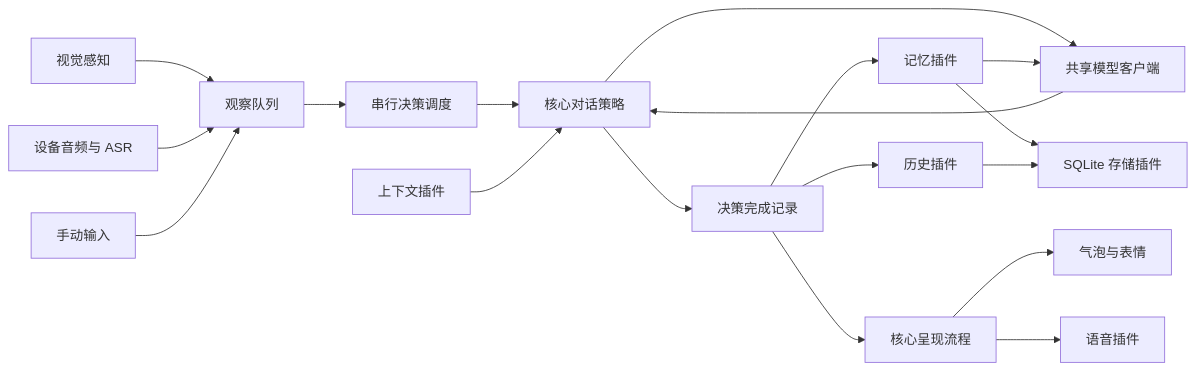
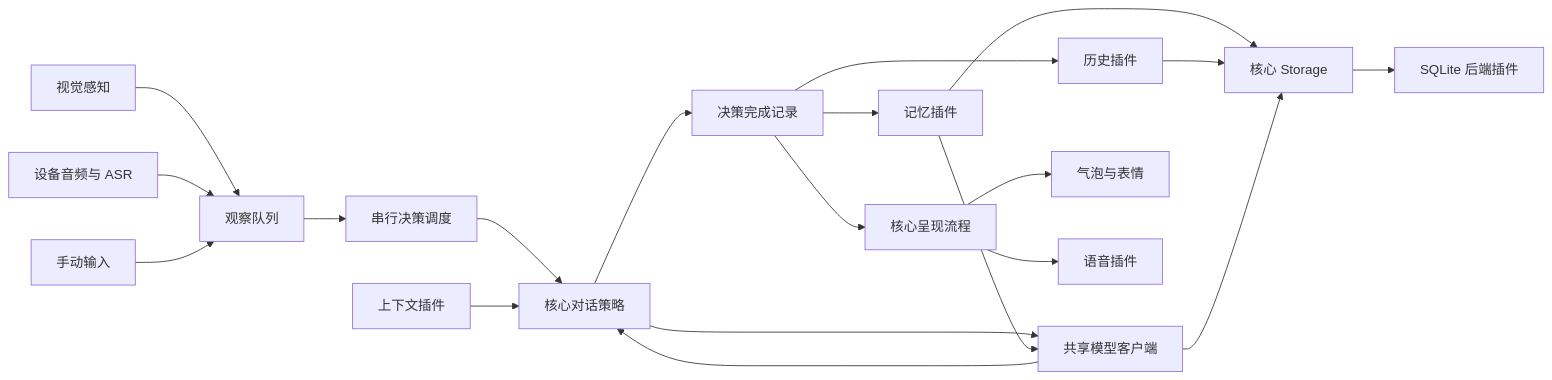
One commit to thebeet/mylive2dpet changed the diagram in README.md. Above: the diagram before and after it, drawn with Mermaid. The commit also changed other lines of this file and 67 other files, not shown here.

````diff
--- a/README.md
+++ b/README.md
@@ -353,20 +358,22 @@
 ```mermaid
 flowchart LR
     Screen[视觉感知] --> Queue[观察队列]
     Audio[设备音频与 ASR] --> Queue
     Manual[手动输入] --> Queue
     Queue --> Scheduler[串行决策调度]
     Scheduler --> AI[核心对话策略]
     Context[上下文插件] --> AI
     AI --> Model[共享模型客户端]
     Model --> AI
     AI --> Result[决策完成记录]
     Result --> Memory[记忆插件]
     Result --> History[历史插件]
     Result --> Present[核心呈现流程]
     Present --> Bubble[气泡与表情]
     Present --> TTS[语音插件]
     Memory --> Model
-    Memory --> SQLite[SQLite 存储插件]
-    History --> SQLite
+    Memory --> Storage[核心 Storage]
+    History --> Storage
+    Model --> Storage
+    Storage --> SQLite[SQLite 后端插件]
 ```
````
